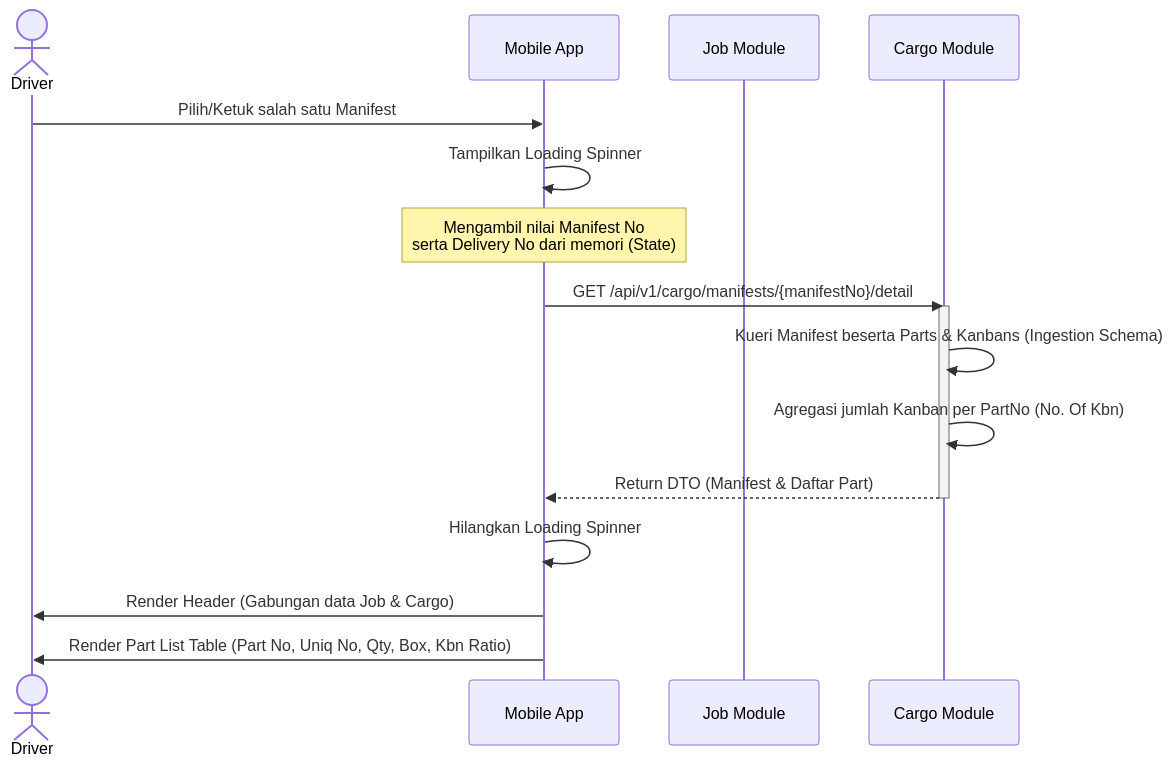
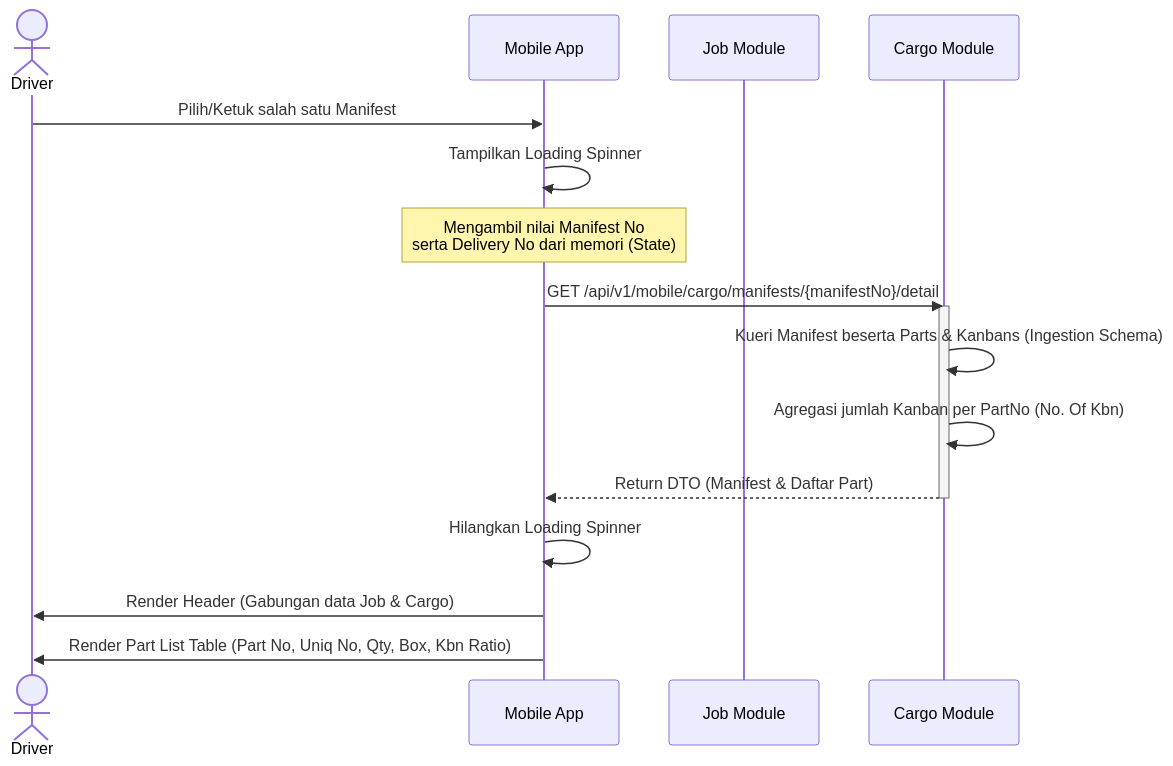
The diagram in docs/bisnis-proses/manifest-detail.md (odealidj/minione-edcl-net), drawn with Mermaid before and after one commit. The commit also changed other lines of this file and 15 other files, not shown here.

````diff
--- a/docs/bisnis-proses/manifest-detail.md
+++ b/docs/bisnis-proses/manifest-detail.md
@@ -31,22 +31,22 @@
 ```mermaid
 sequenceDiagram
     actor D as Driver
     participant M as Mobile App
     participant J as Job Module
     participant C as Cargo Module
     
     D->>M: Pilih/Ketuk salah satu Manifest
     M->>M: Tampilkan Loading Spinner
     note over M: Mengambil nilai Manifest No<br/>serta Delivery No dari memori (State)
-    M->>C: GET /api/v1/cargo/manifests/{manifestNo}/detail
+    M->>C: GET /api/v1/mobile/cargo/manifests/{manifestNo}/detail
     
     activate C
     C->>C: Kueri Manifest beserta Parts & Kanbans (Ingestion Schema)
     C->>C: Agregasi jumlah Kanban per PartNo (No. Of Kbn)
     C-->>M: Return DTO (Manifest & Daftar Part)
     deactivate C
     
     M->>M: Hilangkan Loading Spinner
     M->>D: Render Header (Gabungan data Job & Cargo)
     M->>D: Render Part List Table (Part No, Uniq No, Qty, Box, Kbn Ratio)
 ```
````
